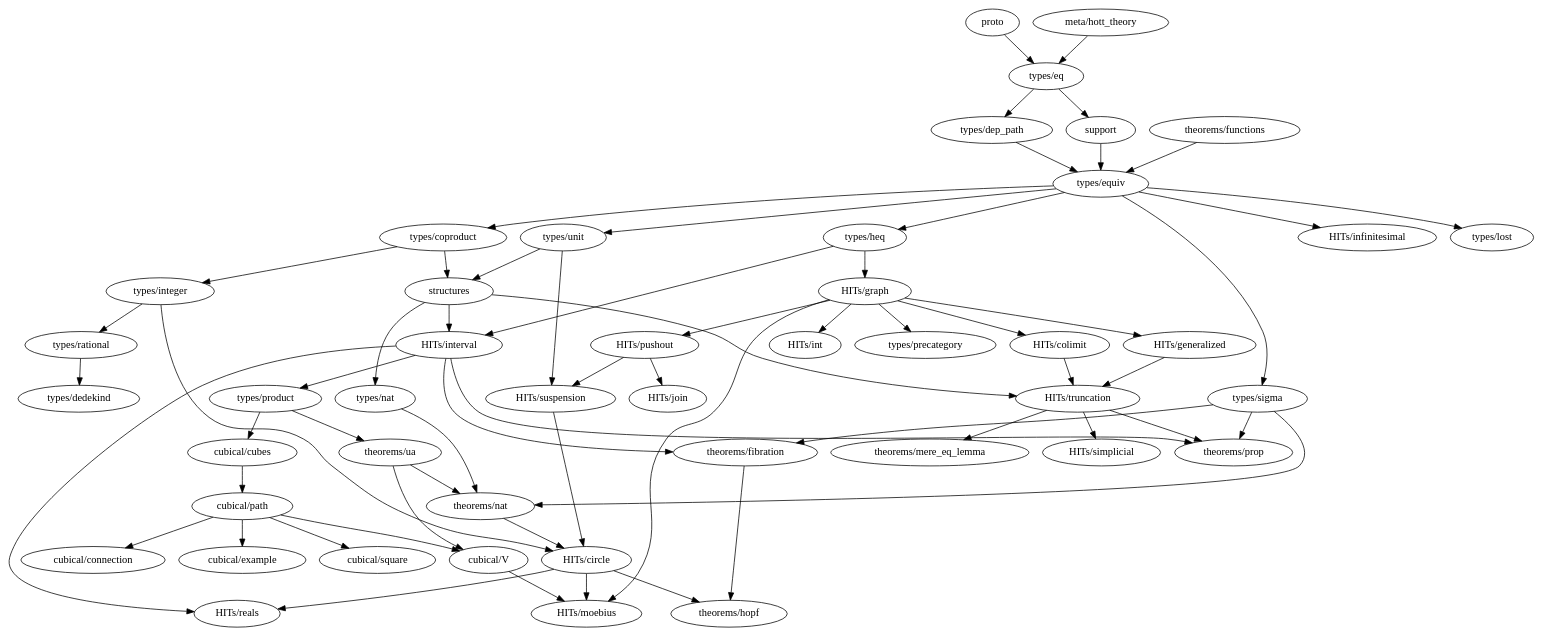
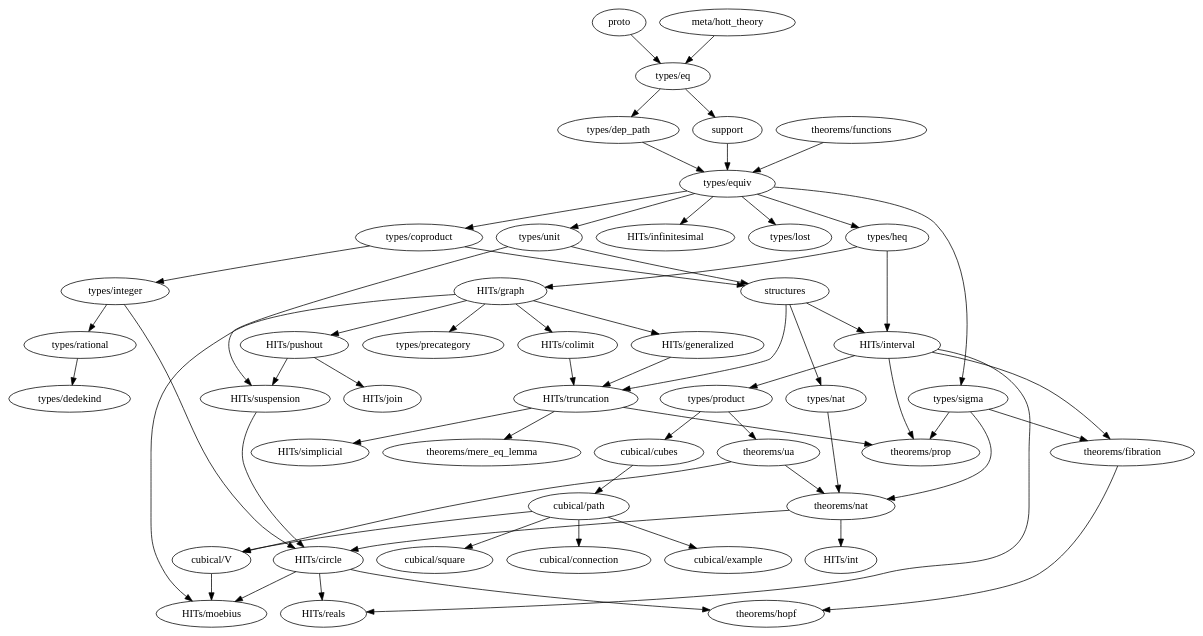
Before and after one commit to forked-from-1kasper/ground_zero: the diagram in dependency_map.gv, drawn with Graphviz. The commit also changed 4 other files, not shown here.

```diff
--- a/dependency_map.gv
+++ b/dependency_map.gv
@@ -1,98 +1,97 @@
 digraph dependency_map {
   proto -> "types/eq"
   "meta/hott_theory" -> "types/eq"
   support -> "types/equiv"
   structures -> {
     "HITs/interval",
     "HITs/truncation",
     "types/nat"
   }
 
   subgraph types {
     "types/coproduct" -> { "types/integer", structures }
     "types/dedekind"
     "types/dep_path" -> "types/equiv"
     "types/eq" -> { "types/dep_path", support }
     "types/equiv" -> {
       "types/heq",
       "HITs/infinitesimal",
       "types/coproduct",
       "types/lost",
       "types/unit",
       "types/sigma"
     }
     "types/heq" -> {
       "HITs/interval",
       "HITs/graph"
     }
     "types/integer" -> {
       "HITs/circle",
       "types/rational"
     }
     "types/lost"
     "types/nat" -> { "theorems/nat" }
     "types/product" -> { "cubical/cubes", "theorems/ua" }
     "types/rational" -> { "types/dedekind" }
     "types/sigma" -> { "theorems/fibration", "theorems/prop", "theorems/nat" }
     "types/unit" -> { structures, "HITs/suspension" }
   }
 
   subgraph HITs {
     "HITs/circle" -> { "theorems/hopf", "HITs/moebius", "HITs/reals" }
     "HITs/colimit" -> "HITs/truncation"
     "HITs/generalized" -> "HITs/truncation"
     "HITs/graph" -> {
       "HITs/colimit",
       "HITs/generalized",
-      "HITs/int",
       "HITs/pushout",
       "HITs/moebius",
       "types/precategory"
     }
     "HITs/infinitesimal"
     "HITs/interval" -> {
       "HITs/reals",
       "types/product",
       "theorems/prop",
       "theorems/fibration"
     }
     "HITs/join"
     "HITs/moebius"
     "HITs/pushout" -> {
       "HITs/join",
       "HITs/suspension"
     }
     "HITs/reals"
     "HITs/simplicial"
     "HITs/suspension" -> "HITs/circle"
     "HITs/truncation" -> {
       "theorems/mere_eq_lemma",
       "theorems/prop",
       "HITs/simplicial"
     }
   }
 
   subgraph cubical {
     "cubical/connection"
     "cubical/cubes" -> "cubical/path"
     "cubical/example"
     "cubical/path" -> {
       "cubical/square",
       "cubical/example",
       "cubical/V",
       "cubical/connection"
     }
     "cubical/square"
     "cubical/V" -> "HITs/moebius"
   }
 
   subgraph theorems {
     "theorems/fibration" -> { "theorems/hopf" }
     "theorems/functions" -> { "types/equiv" }
     "theorems/hopf"
     "theorems/mere_eq_lemma"
-    "theorems/nat" -> { "HITs/circle" }
+    "theorems/nat" -> { "HITs/circle", "HITs/int" }
     "theorems/prop"
     "theorems/ua" -> { "theorems/nat", "cubical/V" }
   }
 }
```
